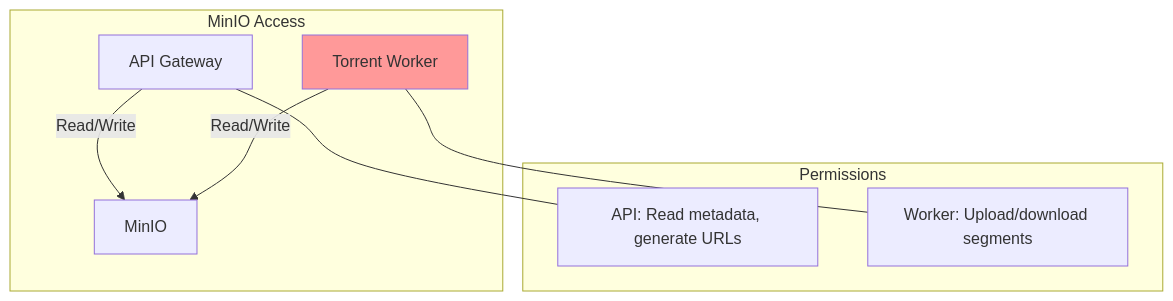
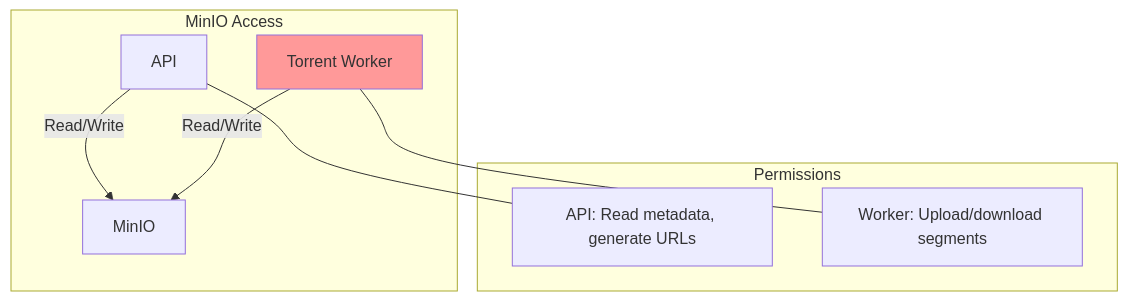
One commit to artumont/dotslashstream changed the second of 15 diagrams in docs/storage.md. Above: the diagram before and after it, drawn with Mermaid. The commit also changed other lines of this file and 3 other files, not shown here.

Commit message:
docs: change api-gateway refs to instead be api

````diff
--- a/docs/storage.md
+++ b/docs/storage.md
@@ -38,21 +38,21 @@
 ```mermaid
 graph TB
     subgraph "MinIO Access"
-        API[API Gateway]
+        API[API]
         Worker[Torrent Worker]
         MinIO[MinIO]
     end
     
     subgraph "Permissions"
         P1[API: Read metadata, generate URLs]
         P2[Worker: Upload/download segments]
     end
     
     API -->|Read/Write| MinIO
     Worker -->|Read/Write| MinIO
     
     API --- P1
     Worker --- P2
     
     style Worker fill:#ff9999
 ```
````
